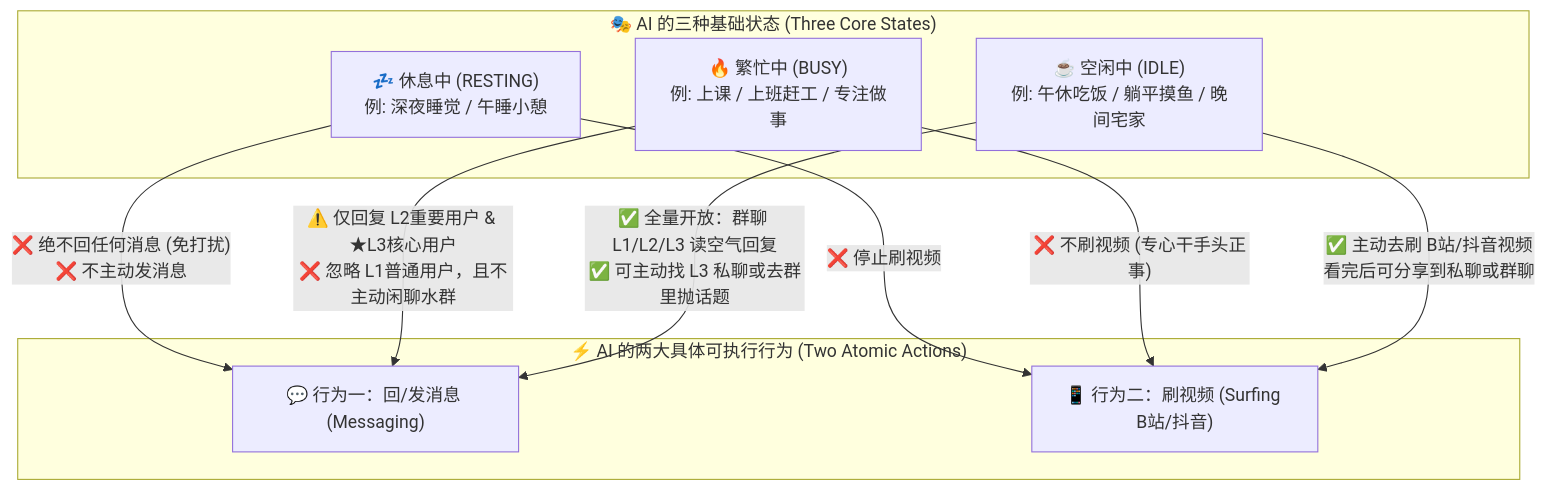
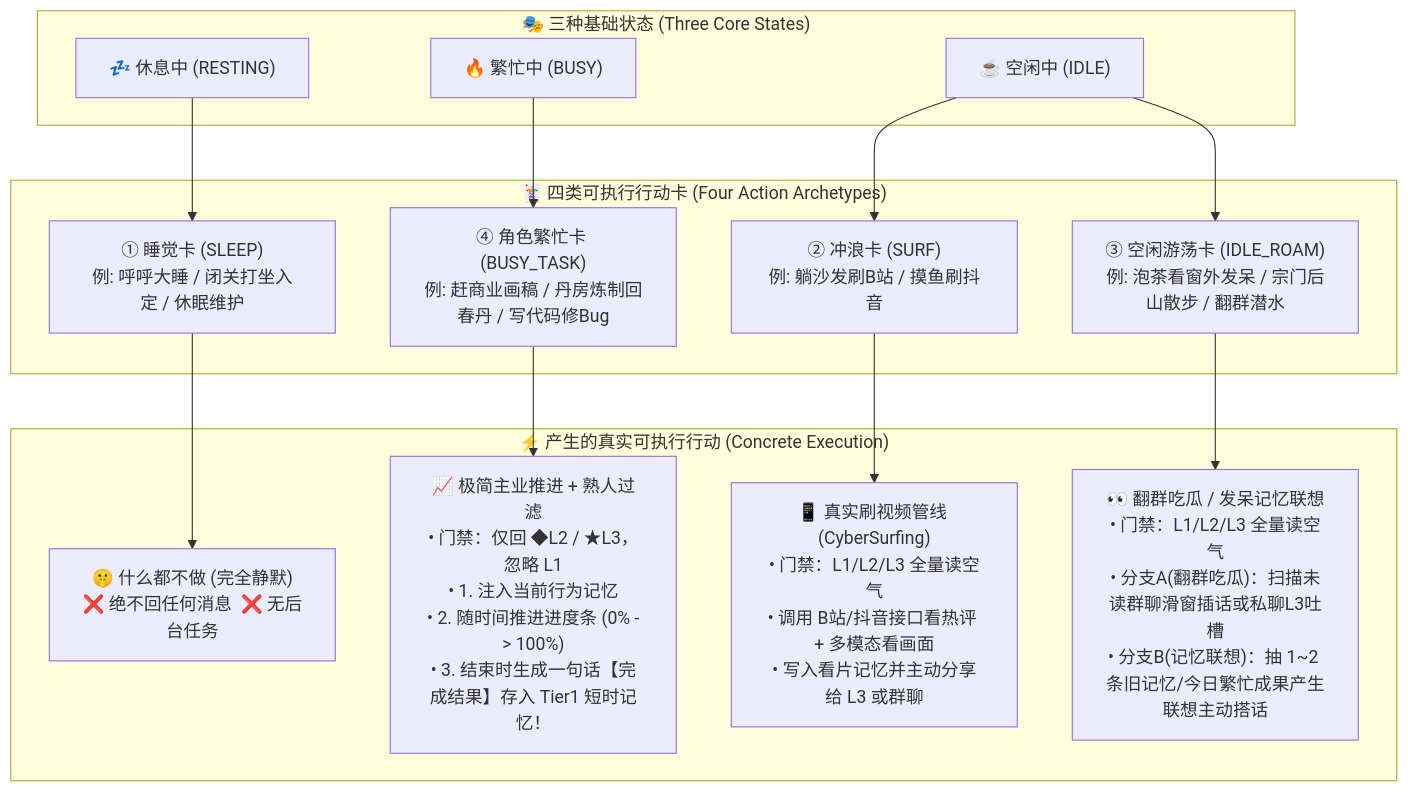
The first of 5 diagrams in docs/PRD.md (hidge123/astrbot_plugin_only_you), drawn with Mermaid before and after one commit. The commit also changed other lines of this file and 41 other files, not shown here.

````diff
--- a/docs/PRD.md
+++ b/docs/PRD.md
@@ -30,22 +33,27 @@
 ```mermaid
 flowchart TD
-    subgraph States["🎭 AI 的三种基础状态 (Three Core States)"]
-        S_Rest["💤 休息中 (RESTING)\n例: 深夜睡觉 / 午睡小憩"]
-        S_Busy["🔥 繁忙中 (BUSY)\n例: 上课 / 上班赶工 / 专注做事"]
-        S_Idle["☕ 空闲中 (IDLE)\n例: 午休吃饭 / 躺平摸鱼 / 晚间宅家"]
+    subgraph States["🎭 三种基础状态 (Three Core States)"]
+        S_Rest["💤 休息中 (RESTING)"]
+        S_Busy["🔥 繁忙中 (BUSY)"]
+        S_Idle["☕ 空闲中 (IDLE)"]
     end
 
-    subgraph Actions["⚡ AI 的两大具体可执行行为 (Two Atomic Actions)"]
-        Act_Msg["💬 行为一：回/发消息 (Messaging)"]
-        Act_Video["📱 行为二：刷视频 (Surfing B站/抖音)"]
+    subgraph Cards["🃏 四类可执行行动卡 (Four Action Archetypes)"]
+        C_Sleep["① 睡觉卡 (SLEEP)\n例: 呼呼大睡 / 闭关打坐入定 / 休眠维护"]
+        C_Busy["④ 角色繁忙卡 (BUSY_TASK)\n例: 赶商业画稿 / 丹房炼制回春丹 / 写代码修Bug"]
+        C_Surf["② 冲浪卡 (SURF)\n例: 躺沙发刷B站 / 摸鱼刷抖音"]
+        C_Roam["③ 空闲游荡卡 (IDLE_ROAM)\n例: 泡茶看窗外发呆 / 宗门后山散步 / 翻群潜水"]
     end
 
-    S_Rest -->|"❌ 绝不回任何消息 (免打扰)\n❌ 不主动发消息"| Act_Msg
-    S_Rest -->|"❌ 停止刷视频"| Act_Video
+    subgraph Exec["⚡ 产生的真实可执行行动 (Concrete Execution)"]
+        E_None["🤫 什么都不做 (完全静默)\n❌ 绝不回任何消息  ❌ 无后台任务"]
+        E_Busy["📈 极简主业推进 + 熟人过滤\n• 门禁：仅回 ◆L2 / ★L3，忽略 L1\n• 1. 注入当前行为记忆\n• 2. 随时间推进进度条 (0% -> 100%)\n• 3. 结束时生成一句话【完成结果】存入 Tier1 短时记忆！"]
+        E_Surf["📱 真实刷视频管线 (CyberSurfing)\n• 门禁：L1/L2/L3 全量读空气\n• 调用 B站/抖音接口看热评 + 多模态看画面\n• 写入看片记忆并主动分享给 L3 或群聊"]
+        E_Roam["👀 翻群吃瓜 / 发呆记忆联想\n• 门禁：L1/L2/L3 全量读空气\n• 分支A(翻群吃瓜)：扫描未读群聊滑窗插话或私聊L3吐槽\n• 分支B(记忆联想)：抽 1~2 条旧记忆/今日繁忙成果产生联想主动搭话"]
+    end
 
-    S_Busy -->|"⚠️ 仅回复 L2重要用户 & ★L3核心用户\n❌ 忽略 L1普通用户，且不主动闲聊水群"| Act_Msg
-    S_Busy -->|"❌ 不刷视频 (专心干手头正事)"| Act_Video
-
-    S_Idle -->|"✅ 全量开放：群聊 L1/L2/L3 读空气回复\n✅ 可主动找 L3 私聊或去群里抛话题"| Act_Msg
-    S_Idle -->|"✅ 主动去刷 B站/抖音视频\n看完后可分享到私聊或群聊"| Act_Video
+    S_Rest --> C_Sleep --> E_None
+    S_Busy --> C_Busy --> E_Busy
+    S_Idle --> C_Surf --> E_Surf
+    S_Idle --> C_Roam --> E_Roam
 ```
````
